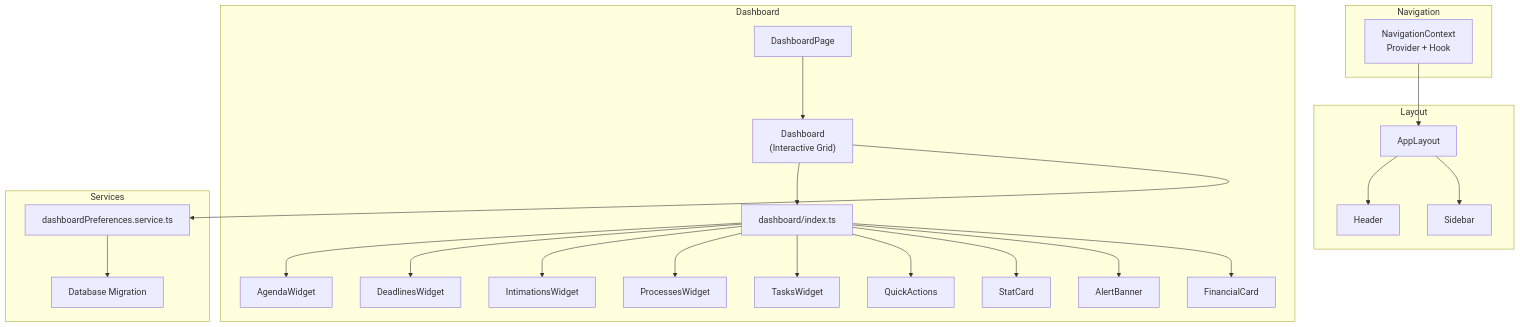
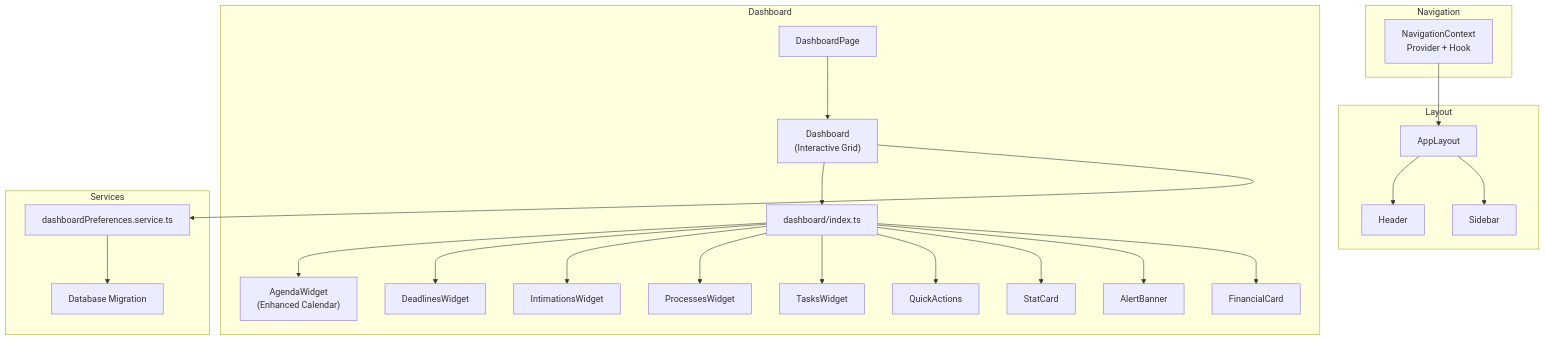
Before and after one commit to usermontalvao/CRMlaw: the first of 9 diagrams in .qoder/repowiki/en/content/Core Modules/Dashboard & Navigation.md, drawn with Mermaid. The commit also changed other lines of this file and 7 other files, not shown here.

````diff
--- a/.qoder/repowiki/en/content/Core Modules/Dashboard & Navigation.md
+++ b/.qoder/repowiki/en/content/Core Modules/Dashboard & Navigation.md
@@ -60,45 +64,45 @@
 ```mermaid
 graph TB
 subgraph "Navigation"
 NC["NavigationContext<br/>Provider + Hook"]
 end
 subgraph "Layout"
 AL["AppLayout"]
 HD["Header"]
 SB["Sidebar"]
 end
 subgraph "Dashboard"
 DP["DashboardPage"]
 DB["Dashboard<br/>(Interactive Grid)"]
 WIDX["dashboard/index.ts"]
-AG["AgendaWidget"]
+AG["AgendaWidget<br/>(Enhanced Calendar)"]
 DL["DeadlinesWidget"]
 IT["IntimationsWidget"]
 PS["ProcessesWidget"]
 TK["TasksWidget"]
 QA["QuickActions"]
 SC["StatCard"]
 AB["AlertBanner"]
 FC["FinancialCard"]
 end
 subgraph "Services"
 PREF["dashboardPreferences.service.ts"]
 DBP["Database Migration"]
 end
 NC --> AL
 AL --> HD
 AL --> SB
 DP --> DB
 DB --> WIDX
 WIDX --> AG
 WIDX --> DL
 WIDX --> IT
 WIDX --> PS
 WIDX --> TK
 WIDX --> QA
 WIDX --> SC
 WIDX --> AB
 WIDX --> FC
 DB --> PREF
 PREF --> DBP
 ```
````
